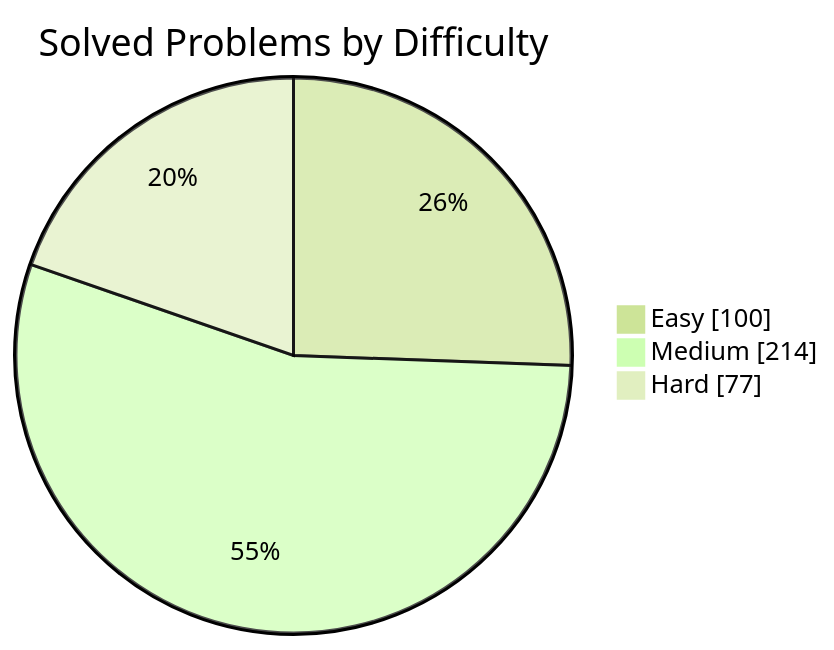
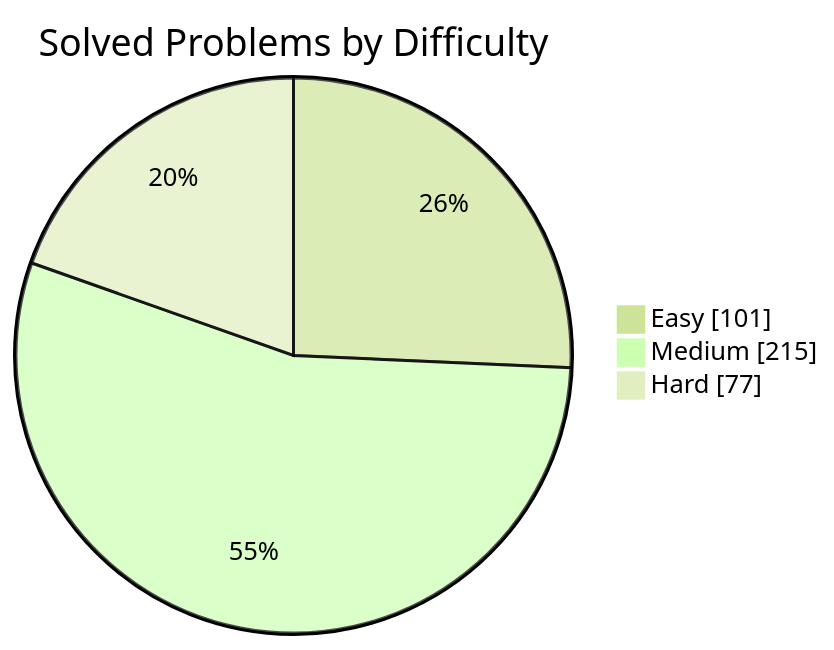
Before and after one commit to manikantbindass/DSA-Preparation-FAANG: the first of 2 diagrams in README.md, drawn with Mermaid (forest theme). The commit also changed other lines of this file and 1 other file, not shown here.

````diff
--- a/README.md
+++ b/README.md
@@ -77,7 +77,7 @@
 ```mermaid
 pie showData
     title Solved Problems by Difficulty
-    "Easy" : 100
-    "Medium" : 214
+    "Easy" : 101
+    "Medium" : 215
     "Hard" : 77
 ```
````
